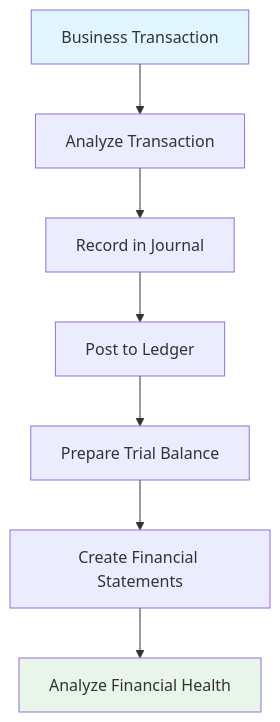
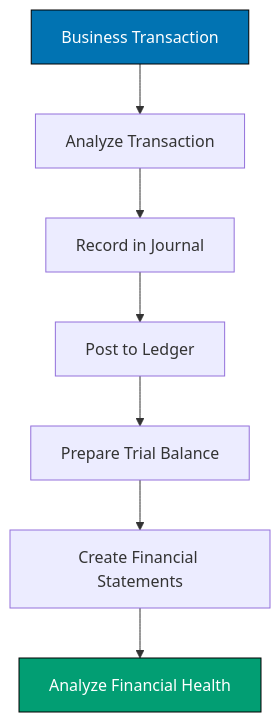
Before and after one commit to wahidyankf/open-sharia-enterprise: the first of 8 diagrams in docs/tutorials/business-and-finance/tu-bufi__accounting.md, drawn with Mermaid. The commit also changed other lines of this file and 22 other files, not shown here.

First line of the commit message:
docs(diagrams): ensure all mermaid diagrams use color-blind friendly palette

````diff
--- a/docs/tutorials/business-and-finance/tu-bufi__accounting.md
+++ b/docs/tutorials/business-and-finance/tu-bufi__accounting.md
@@ -59,12 +62,12 @@
 ```mermaid
 flowchart TD
 	A[Business Transaction] --> B[Analyze Transaction]
 	B --> C[Record in Journal]
 	C --> D[Post to Ledger]
 	D --> E[Prepare Trial Balance]
 	E --> F[Create Financial Statements]
 	F --> G[Analyze Financial Health]
 
-	style A fill:#e1f5ff
-	style G fill:#e8f5e9
+	style A fill:#0173B2,stroke:#000000,color:#FFFFFF
+	style G fill:#029E73,stroke:#000000,color:#FFFFFF
 ```
````
